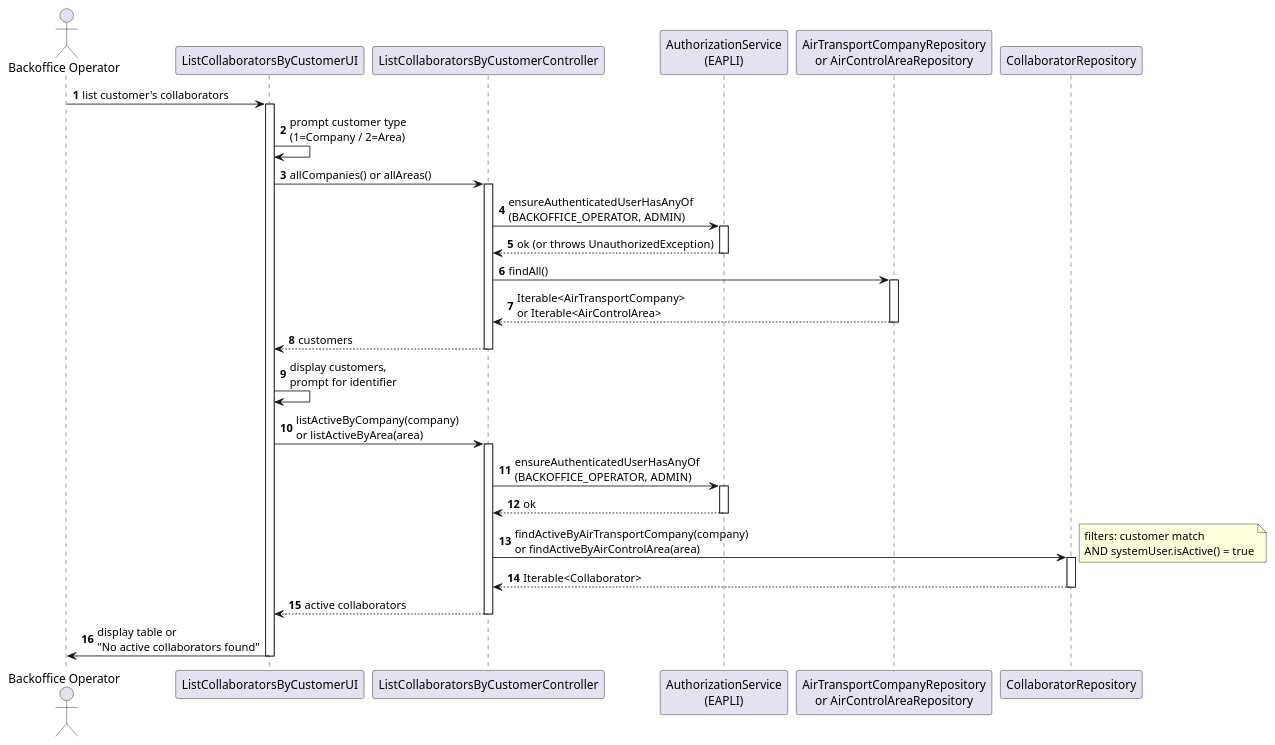
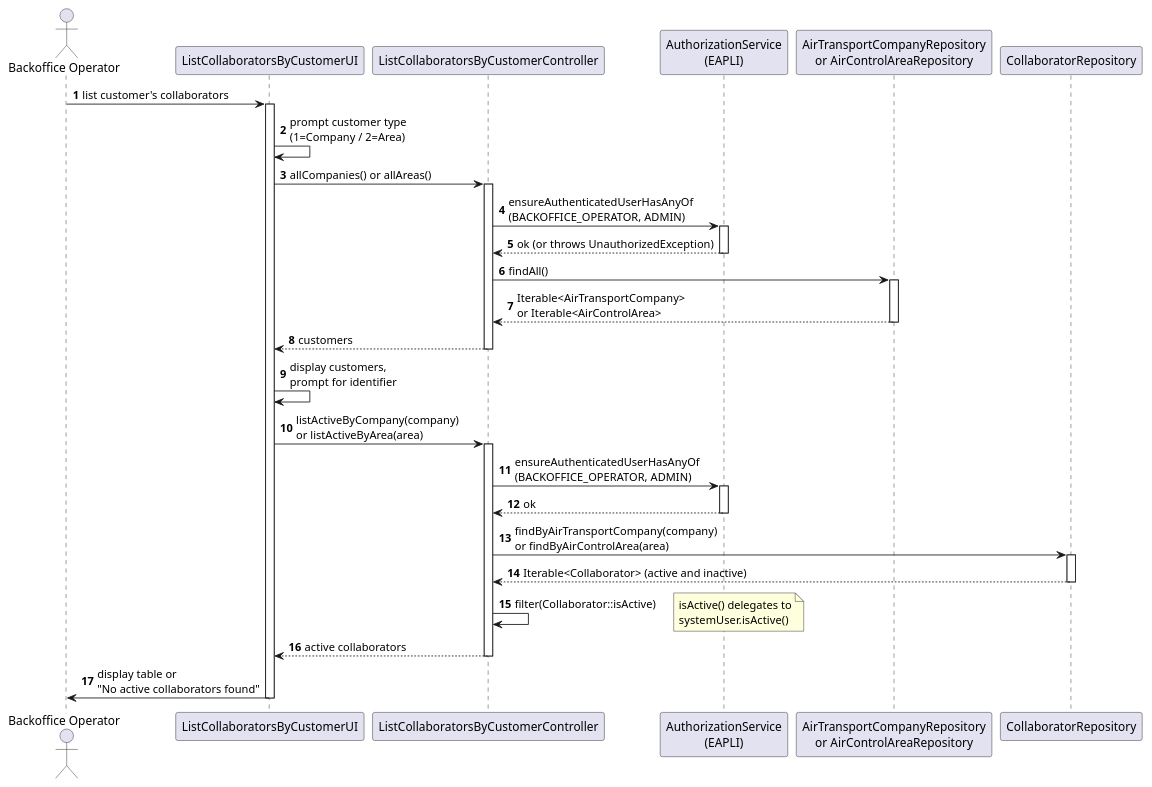
The diagram in aisafe.base/docs/user-stories/us062/puml/US062-SD.puml (brunodspinto/aisafe), drawn with PlantUML before and after one commit. The commit also changed 6 other files, not shown here.

Commit message:
#32 US062 - refactor: update collaborator repository methods and enhance documentation for listing active collaborators

```diff
--- a/aisafe.base/docs/user-stories/us062/puml/US062-SD.puml
+++ b/aisafe.base/docs/user-stories/us062/puml/US062-SD.puml
@@ -1,49 +1,50 @@
 @startuml
 skinparam shadowing false
 autonumber
 
 actor "Backoffice Operator" as op
 participant "ListCollaboratorsByCustomerUI" as ui
 participant "ListCollaboratorsByCustomerController" as ctrl
 participant "AuthorizationService\n(EAPLI)" as authz
 participant "AirTransportCompanyRepository\nor AirControlAreaRepository" as custRepo
 participant "CollaboratorRepository" as collabRepo
 
 op -> ui : list customer's collaborators
 activate ui
 
 ui -> ui : prompt customer type\n(1=Company / 2=Area)
 
 ui -> ctrl : allCompanies() or allAreas()
 activate ctrl
 ctrl -> authz : ensureAuthenticatedUserHasAnyOf\n(BACKOFFICE_OPERATOR, ADMIN)
 activate authz
 authz --> ctrl : ok (or throws UnauthorizedException)
 deactivate authz
 ctrl -> custRepo : findAll()
 activate custRepo
 custRepo --> ctrl : Iterable<AirTransportCompany>\nor Iterable<AirControlArea>
 deactivate custRepo
 ctrl --> ui : customers
 deactivate ctrl
 
 ui -> ui : display customers,\nprompt for identifier
 
 ui -> ctrl : listActiveByCompany(company)\nor listActiveByArea(area)
 activate ctrl
 ctrl -> authz : ensureAuthenticatedUserHasAnyOf\n(BACKOFFICE_OPERATOR, ADMIN)
 activate authz
 authz --> ctrl : ok
 deactivate authz
-ctrl -> collabRepo : findActiveByAirTransportCompany(company)\nor findActiveByAirControlArea(area)
+ctrl -> collabRepo : findByAirTransportCompany(company)\nor findByAirControlArea(area)
 activate collabRepo
-note right: filters: customer match\nAND systemUser.isActive() = true
-collabRepo --> ctrl : Iterable<Collaborator>
+collabRepo --> ctrl : Iterable<Collaborator> (active and inactive)
 deactivate collabRepo
+ctrl -> ctrl : filter(Collaborator::isActive)
+note right: isActive() delegates to\nsystemUser.isActive()
 ctrl --> ui : active collaborators
 deactivate ctrl
 
 ui -> op : display table or\n"No active collaborators found"
 deactivate ui
 
 @enduml
```
